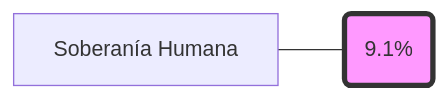
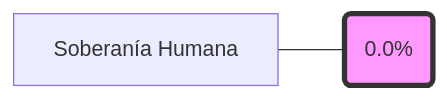
One commit to Dtcsrni/Sistema_Operativo_Tesis_Publico changed the diagram in 06_dashboard/publico/wiki/index.md. Above: the diagram before and after it, drawn with Mermaid. The commit also changed other lines of this file and 610 other files, not shown here.

````diff
--- a/06_dashboard/publico/wiki/index.md
+++ b/06_dashboard/publico/wiki/index.md
@@ -21,5 +21,5 @@
 ```mermaid
 graph LR
-  A[Soberanía Humana] --- B(9.1%)
+  A[Soberanía Humana] --- B(0.0%)
   style B fill:#f9f,stroke:#333,stroke-width:4px
 ```
````
